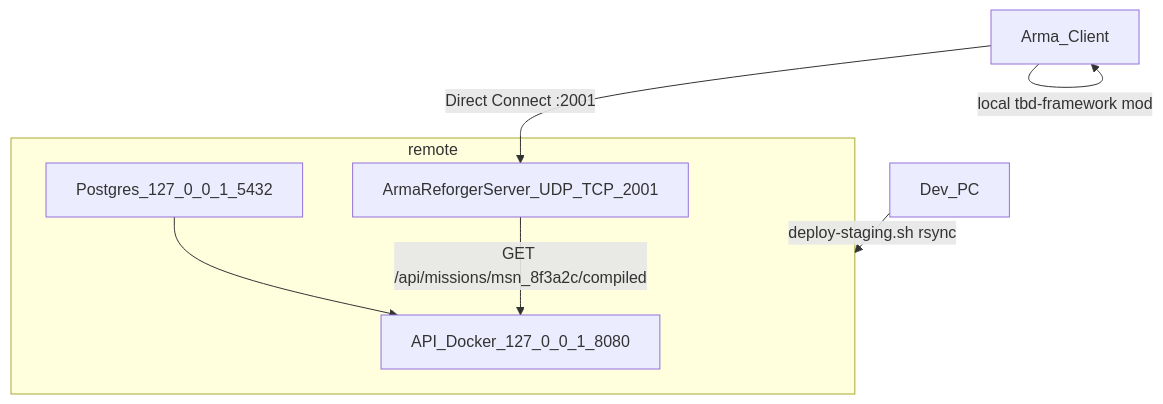
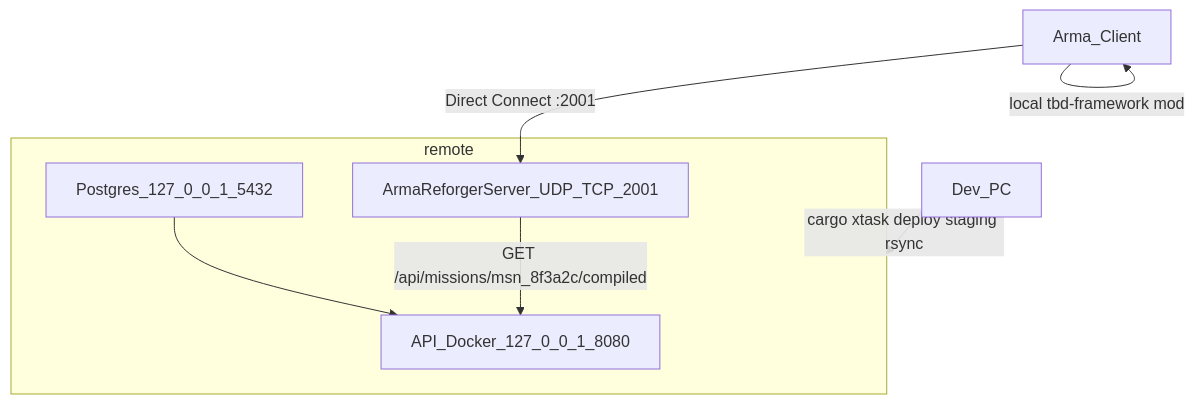
The diagram in docs/mod/STAGING-SERVER.md (darkforce09/TBD-reforger), drawn with Mermaid before and after one commit. The commit also changed other lines of this file and 14 other files, not shown here.

````diff
--- a/docs/mod/STAGING-SERVER.md
+++ b/docs/mod/STAGING-SERVER.md
@@ -210,17 +210,17 @@
 ```mermaid
 flowchart TB
   devPC[Dev_PC]
   remote[192_168_0_140]
   client[Arma_Client]
 
-  devPC -->|"deploy-staging.sh rsync"| remote
+  devPC -->|"cargo xtask deploy staging rsync"| remote
   subgraph remote
     api[API_Docker_127_0_0_1_8080]
     pg[Postgres_127_0_0_1_5432]
     arma[ArmaReforgerServer_UDP_TCP_2001]
     pg --> api
     arma -->|"GET /api/missions/msn_8f3a2c/compiled"| api
   end
   client -->|"local tbd-framework mod"| client
   client -->|"Direct Connect :2001"| arma
 ```
````
